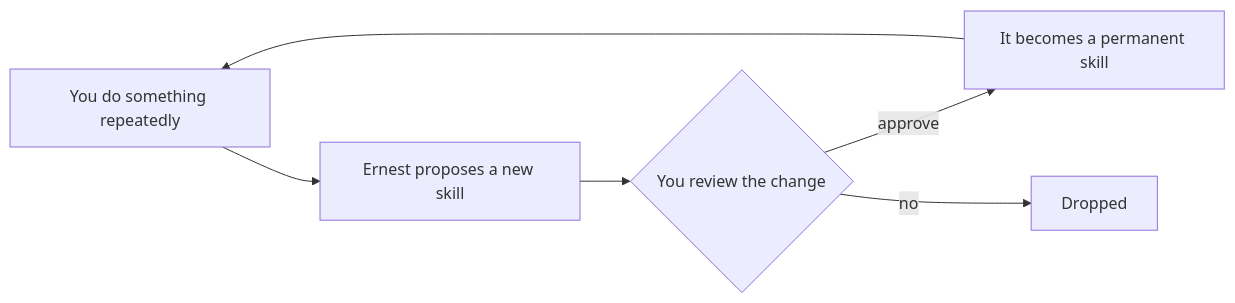
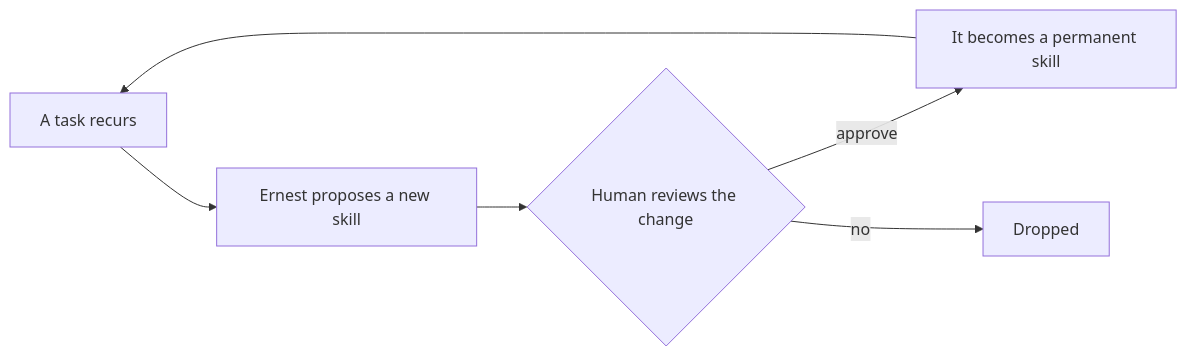
One commit to romaluev/ernest-cc changed the sixth of 7 diagrams in docs/guidebook.md. Above: the diagram before and after it, drawn with Mermaid. The commit also changed other lines of this file and 6 other files, not shown here.

````diff
--- a/docs/guidebook.md
+++ b/docs/guidebook.md
@@ -149,8 +151,8 @@
 ```mermaid
 flowchart LR
-    notice["You do something repeatedly"] --> propose["Ernest proposes a new skill"]
-    propose --> review{"You review the change"}
+    notice["A task recurs"] --> propose["Ernest proposes a new skill"]
+    propose --> review{"Human reviews the change"}
     review -- approve --> adopt["It becomes a permanent skill"]
     review -- no --> drop["Dropped"]
     adopt --> notice
 ```
````
